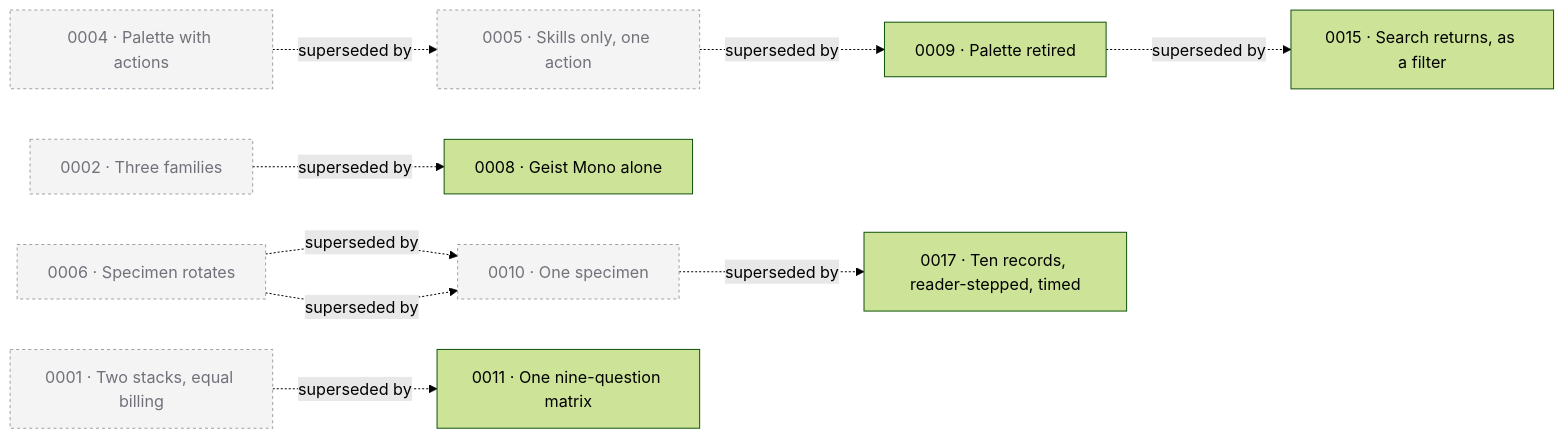
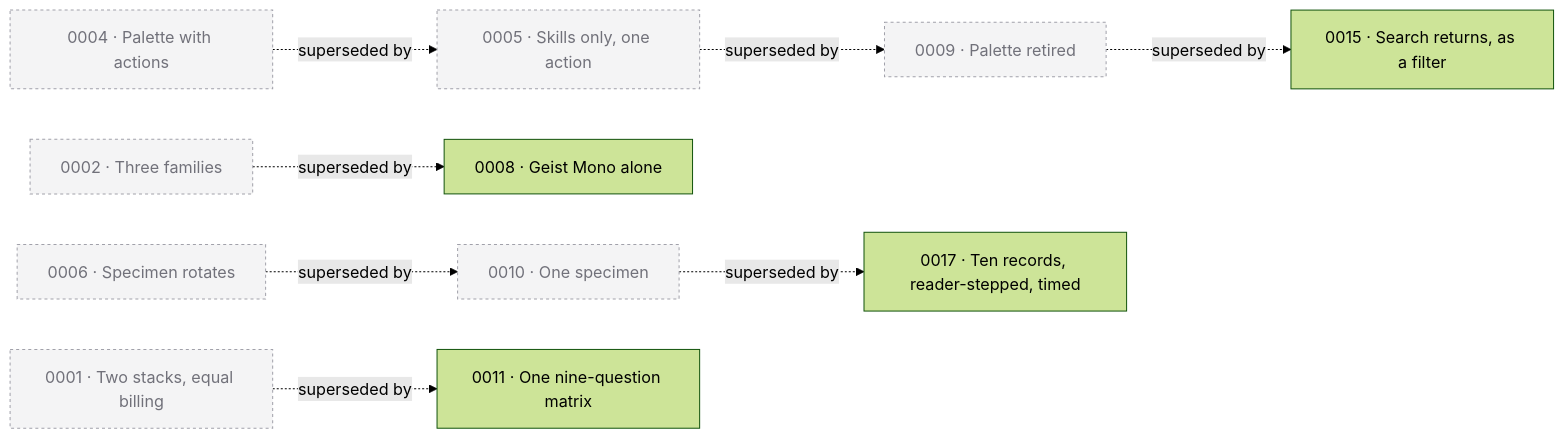
The diagram in design/decisions/README.md (vidhunnan/agentic-skills), drawn with Mermaid (forest theme) before and after one commit. The commit also changed other lines of this file and 7 other files, not shown here.

````diff
--- a/design/decisions/README.md
+++ b/design/decisions/README.md
@@ -66,28 +66,26 @@
 ```mermaid
 graph LR
   0004["0004 · Palette with actions"]:::superseded
   0005["0005 · Skills only, one action"]:::superseded
-  0009["0009 · Palette retired"]
+  0009["0009 · Palette retired"]:::superseded
   0004 -.->|superseded by| 0005
   0005 -.->|superseded by| 0009
 
   0002["0002 · Three families"]:::superseded
   0008["0008 · Geist Mono alone"]
   0002 -.->|superseded by| 0008
 
   0006["0006 · Specimen rotates"]:::superseded
-  0010["0010 · One specimen"]
+  0010["0010 · One specimen"]:::superseded
   0006 -.->|superseded by| 0010
 
   0001["0001 · Two stacks, equal billing"]:::superseded
   0011["0011 · One nine-question matrix"]
   0001 -.->|superseded by| 0011
 
   0009 -.->|superseded by| 0015["0015 · Search returns, as a filter"]
-  0006 -.->|superseded by| 0010
-  0010["0010 · One specimen"]:::superseded
   0017["0017 · Ten records, reader-stepped, timed"]
   0010 -.->|superseded by| 0017
 
   classDef superseded fill:#f4f4f5,stroke:#a1a1aa,color:#71717a,stroke-dasharray:3 3;
 ```
````
